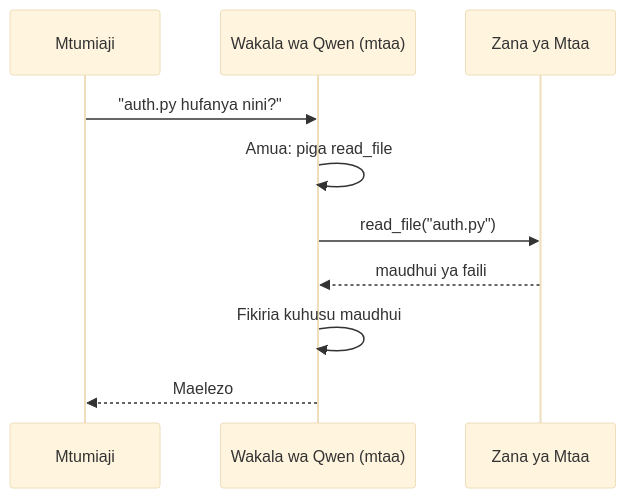
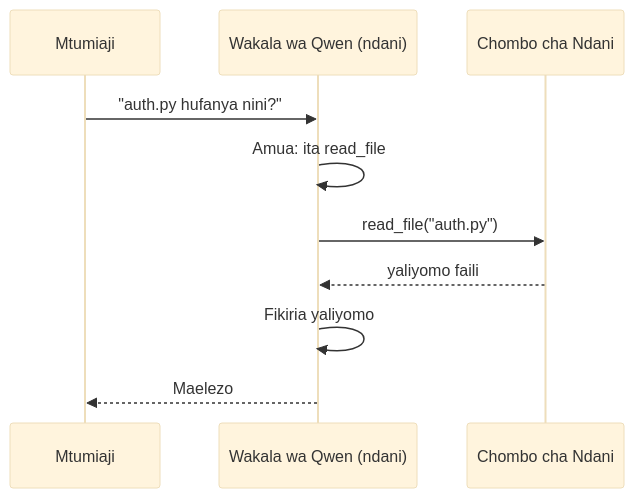
The second of 4 diagrams in translations/sw/17-creating-local-ai-agents/README.md (microsoft/ai-agents-for-beginners), drawn with Mermaid (base theme) before and after one commit. The commit also changed other lines of this file and 47 other files, not shown here.

````diff
--- a/translations/sw/17-creating-local-ai-agents/README.md
+++ b/translations/sw/17-creating-local-ai-agents/README.md
@@ -106,12 +106,12 @@
 ```mermaid
 sequenceDiagram
     participant U as Mtumiaji
-    participant A as Wakala wa Qwen (mtaa)
-    participant T as Zana ya Mtaa
+    participant A as Wakala wa Qwen (ndani)
+    participant T as Chombo cha Ndani
     U->>A: "auth.py hufanya nini?"
-    A->>A: Amua: piga read_file
+    A->>A: Amua: ita read_file
     A->>T: read_file("auth.py")
-    T-->>A: maudhui ya faili
-    A->>A: Fikiria kuhusu maudhui
+    T-->>A: yaliyomo faili
+    A->>A: Fikiria yaliyomo
     A-->>U: Maelezo
 ```
````
